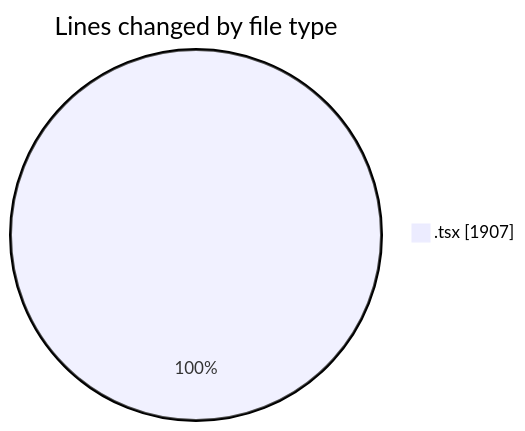
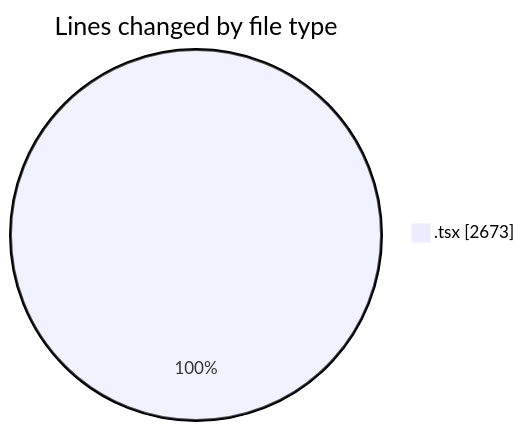
One commit to nxtqubesakshisongat/code-tracking changed the first of 2 diagrams in 2026-06-17/nxtqube_webapp/README.md. Above: the diagram before and after it, drawn with Mermaid. The commit also changed other lines of this file and 1 other file, not shown here.

````diff
--- a/2026-06-17/nxtqube_webapp/README.md
+++ b/2026-06-17/nxtqube_webapp/README.md
@@ -25,5 +26,5 @@
 ```mermaid
 pie showData
 title Lines changed by file type
-".tsx" : 1907
+".tsx" : 2673
 ```
````
